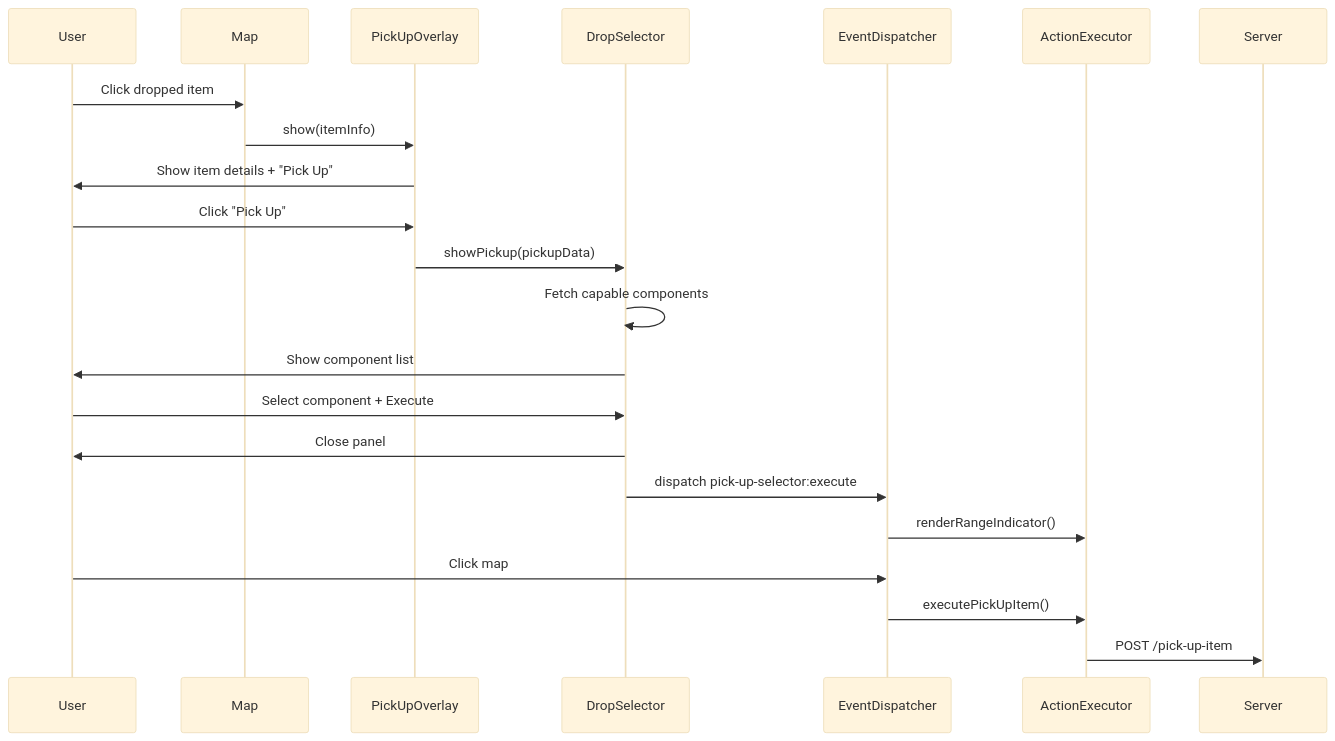
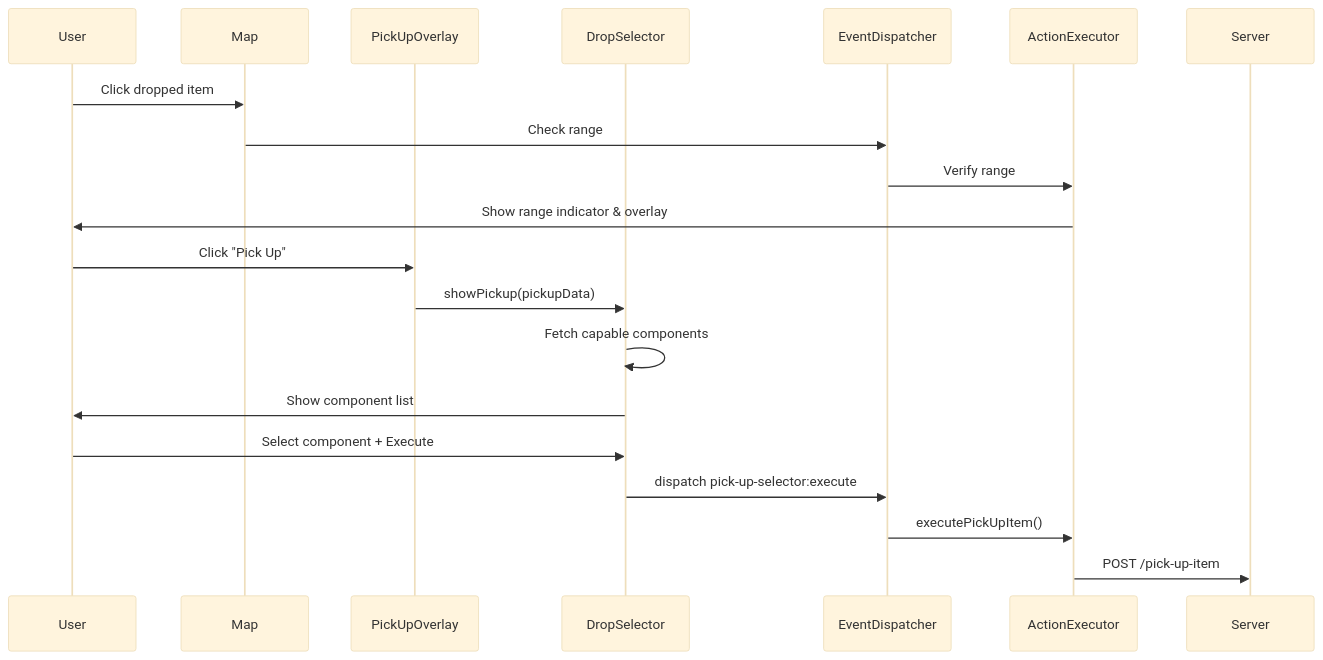
Before and after one commit to Rhuan-P-Dev/slopSimulacrum: the second of 2 diagrams in wiki/subMDs/systems/item_drop_pickup.md, drawn with Mermaid (base theme). The commit also changed other lines of this file and 3 other files, not shown here.

````diff
--- a/wiki/subMDs/systems/item_drop_pickup.md
+++ b/wiki/subMDs/systems/item_drop_pickup.md
@@ -50,24 +50,22 @@
 ```mermaid
 sequenceDiagram
     participant U as User
     participant M as Map
     participant P as PickUpOverlay
     participant D as DropSelector
     participant E as EventDispatcher
     participant A as ActionExecutor
 
     U->>M: Click dropped item
-    M->>P: show(itemInfo)
-    P->>U: Show item details + "Pick Up"
+    M->>E: Check range
+    E->>A: Verify range
+    A->>U: Show range indicator & overlay
     U->>P: Click "Pick Up"
     P->>D: showPickup(pickupData)
     D->>D: Fetch capable components
     D->>U: Show component list
     U->>D: Select component + Execute
-    D->>U: Close panel
     D->>E: dispatch pick-up-selector:execute
-    E->>A: renderRangeIndicator()
-    U->>E: Click map
     E->>A: executePickUpItem()
     A->>Server: POST /pick-up-item
 ```
````
